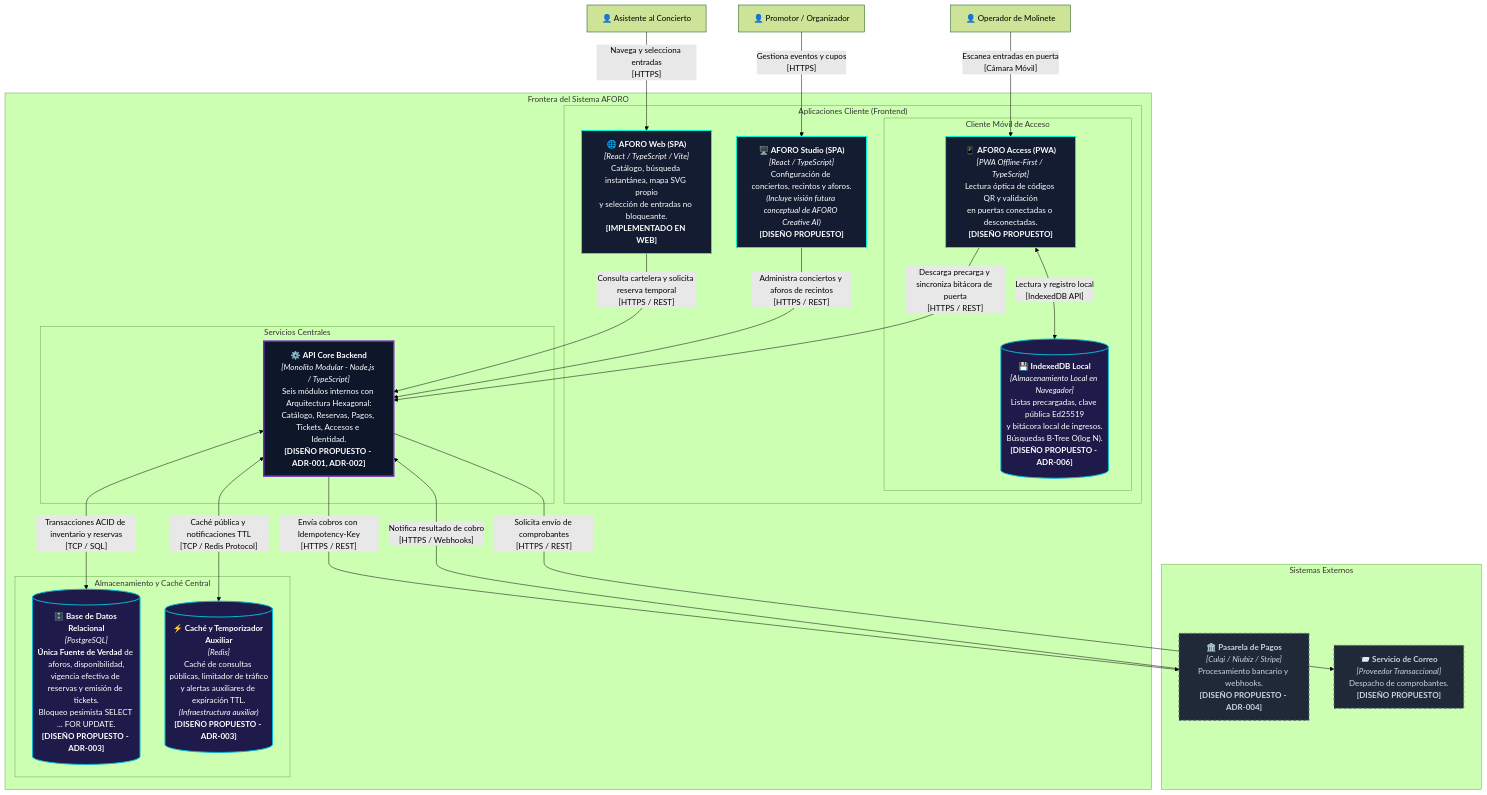
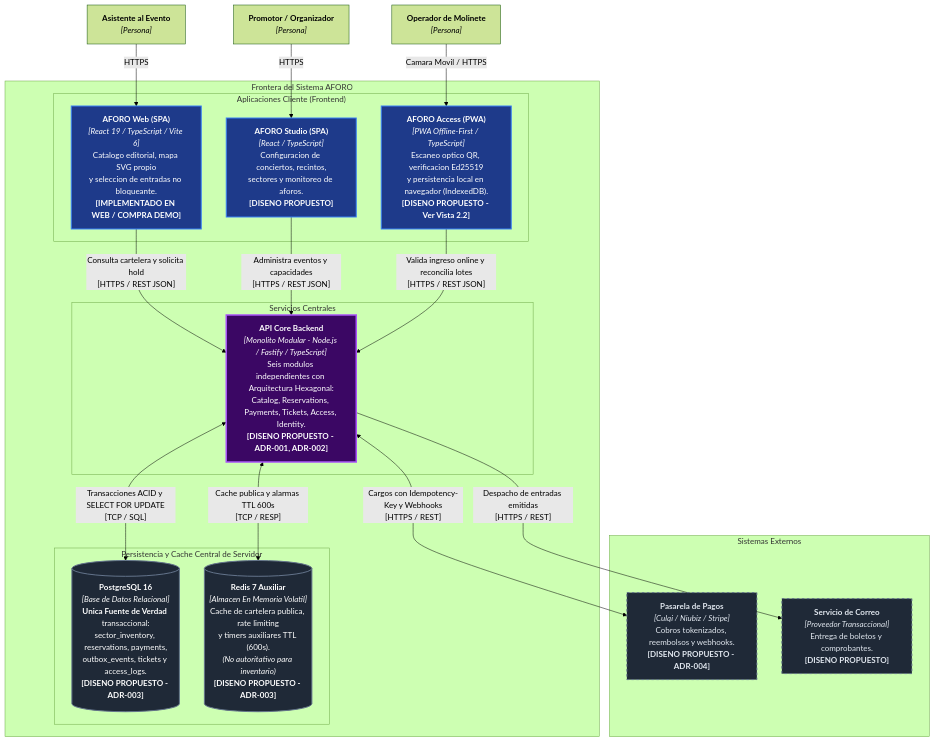
The first of 2 diagrams in docs/04-modelo-c4/Nivel2-DiagramadeContenedores.md (CARDBELL96/AFORO), drawn with Mermaid (forest theme) before and after one commit. The commit also changed other lines of this file and 15 other files, not shown here.

Commit message:
docs: refine hexagonal architecture and redesign C4 diagrams

````diff
--- a/docs/04-modelo-c4/Nivel2-DiagramadeContenedores.md
+++ b/docs/04-modelo-c4/Nivel2-DiagramadeContenedores.md
@@ -24,75 +26,68 @@
 ```mermaid
 flowchart TD
     %% Actores
-    FAN["👤 Asistente al Concierto"]
-    PROM["👤 Promotor / Organizador"]
-    GATE["👤 Operador de Molinete"]
+    FAN["<b>Asistente al Evento</b><br/><i>[Persona]</i>"]
+    PROM["<b>Promotor / Organizador</b><br/><i>[Persona]</i>"]
+    GATE["<b>Operador de Molinete</b><br/><i>[Persona]</i>"]
 
-    %% Límite de la Plataforma AFORO
+    %% Limite de la Plataforma AFORO
     subgraph AFORO_SYSTEM["Frontera del Sistema AFORO"]
 
         %% Clientes Frontend
         subgraph APPS["Aplicaciones Cliente (Frontend)"]
-            WEB_SPA["🌐 <b>AFORO Web (SPA)</b><br><i>[React / TypeScript / Vite]</i><br>Catálogo, búsqueda instantánea, mapa SVG propio<br>y selección de entradas no bloqueante.<br><b>[IMPLEMENTADO EN WEB]</b>"]
-            
-            STU_SPA["🖥️ <b>AFORO Studio (SPA)</b><br><i>[React / TypeScript]</i><br>Configuración de conciertos, recintos y aforos.<br><i>(Incluye visión futura conceptual de AFORO Creative AI)</i><br><b>[DISEÑO PROPUESTO]</b>"]
-            
-            subgraph ACCESS_CLIENT["Cliente Móvil de Acceso"]
-                ACC_PWA["📱 <b>AFORO Access (PWA)</b><br><i>[PWA Offline-First / TypeScript]</i><br>Lectura óptica de códigos QR y validación<br>en puertas conectadas o desconectadas.<br><b>[DISEÑO PROPUESTO]</b>"]
-                
-                ACC_IDB[("💾 <b>IndexedDB Local</b><br><i>[Almacenamiento Local en Navegador]</i><br>Listas precargadas, clave pública Ed25519<br>y bitácora local de ingresos.<br>Búsquedas B-Tree O(log N).<br><b>[DISEÑO PROPUESTO - ADR-006]</b>")]
-                
-                ACC_PWA <-->|"Lectura y registro local<br>[IndexedDB API]"| ACC_IDB
-            end
+            WEB_SPA["<b>AFORO Web (SPA)</b><br/><i>[React 19 / TypeScript / Vite 6]</i><br/>Catalogo editorial, mapa SVG propio<br/>y seleccion de entradas no bloqueante.<br/><b>[IMPLEMENTADO EN WEB / COMPRA DEMO]</b>"]
+
+            STU_SPA["<b>AFORO Studio (SPA)</b><br/><i>[React / TypeScript]</i><br/>Configuracion de conciertos, recintos,<br/>sectores y monitoreo de aforos.<br/><b>[DISENO PROPUESTO]</b>"]
+
+            ACC_PWA["<b>AFORO Access (PWA)</b><br/><i>[PWA Offline-First / TypeScript]</i><br/>Escaneo optico QR, verificacion Ed25519<br/>y persistencia local en navegador (IndexedDB).<br/><b>[DISENO PROPUESTO - Ver Vista 2.2]</b>"]
         end
 
-        %% Backend Central Monolítico Modular
+        %% Backend Central Monolitico Modular
         subgraph BACKEND_BOX["Servicios Centrales"]
-            API_CORE["⚙️ <b>API Core Backend</b><br><i>[Monolito Modular - Node.js / TypeScript]</i><br>Seis módulos internos con Arquitectura Hexagonal:<br>Catálogo, Reservas, Pagos, Tickets, Accesos e Identidad.<br><b>[DISEÑO PROPUESTO - ADR-001, ADR-002]</b>"]
+            API_CORE["<b>API Core Backend</b><br/><i>[Monolito Modular - Node.js / Fastify / TypeScript]</i><br/>Seis modulos independientes con Arquitectura Hexagonal:<br/>Catalog, Reservations, Payments, Tickets, Access, Identity.<br/><b>[DISENO PROPUESTO - ADR-001, ADR-002]</b>"]
         end
 
-        %% Almacenamiento Central
-        subgraph STORAGE_BOX["Almacenamiento y Caché Central"]
-            PG_DB[("🗄️ <b>Base de Datos Relacional</b><br><i>[PostgreSQL]</i><br><b>Única Fuente de Verdad</b> de aforos, disponibilidad,<br>vigencia efectiva de reservas y emisión de tickets.<br>Bloqueo pesimista SELECT ... FOR UPDATE.<br><b>[DISEÑO PROPUESTO - ADR-003]</b>")]
-            
-            REDIS_AUX[("⚡ <b>Caché y Temporizador Auxiliar</b><br><i>[Redis]</i><br>Caché de consultas públicas, limitador de tráfico<br>y alertas auxiliares de expiración TTL.<br><i>(Infraestructura auxiliar)</i><br><b>[DISEÑO PROPUESTO - ADR-003]</b>")]
+        %% Almacenamiento Central de Servidor
+        subgraph STORAGE_BOX["Persistencia y Cache Central de Servidor"]
+            PG_DB[("<b>PostgreSQL 16</b><br/><i>[Base de Datos Relacional]</i><br/><b>Unica Fuente de Verdad</b> transaccional:<br/>sector_inventory, reservations, payments,<br/>outbox_events, tickets y access_logs.<br/><b>[DISENO PROPUESTO - ADR-003]</b>")]
+
+            REDIS_AUX[("<b>Redis 7 Auxiliar</b><br/><i>[Almacen En Memoria Volatil]</i><br/>Cache de cartelera publica, rate limiting<br/>y timers auxiliares TTL (600s).<br/><i>(No autoritativo para inventario)</i><br/><b>[DISENO PROPUESTO - ADR-003]</b>")]
         end
 
     end
 
     %% Sistemas Externos
     subgraph EXT["Sistemas Externos"]
-        PAY_EXT["🏛️ <b>Pasarela de Pagos</b><br><i>[Culqi / Niubiz / Stripe]</i><br>Procesamiento bancario y webhooks.<br><b>[DISEÑO PROPUESTO - ADR-004]</b>"]
-        MAIL_EXT["📨 <b>Servicio de Correo</b><br><i>[Proveedor Transaccional]</i><br>Despacho de comprobantes.<br><b>[DISEÑO PROPUESTO]</b>"]
+        PAY_EXT["<b>Pasarela de Pagos</b><br/><i>[Culqi / Niubiz / Stripe]</i><br/>Cobros tokenizados, reembolsos y webhooks.<br/><b>[DISENO PROPUESTO - ADR-004]</b>"]
+        MAIL_EXT["<b>Servicio de Correo</b><br/><i>[Proveedor Transaccional]</i><br/>Entrega de boletos y comprobantes.<br/><b>[DISENO PROPUESTO]</b>"]
     end
 
-    %% Flujos de Actores
-    FAN -->|"Navega y selecciona entradas<br>[HTTPS]"| WEB_SPA
-    PROM -->|"Gestiona eventos y cupos<br>[HTTPS]"| STU_SPA
-    GATE -->|"Escanea entradas en puerta<br>[Cámara Móvil]"| ACC_PWA
+    %% Flujos de Actores a Clientes
+    FAN -->|"HTTPS"| WEB_SPA
+    PROM -->|"HTTPS"| STU_SPA
+    GATE -->|"Camara Movil / HTTPS"| ACC_PWA
 
     %% Interacciones Clientes -> Backend
-    WEB_SPA -->|"Consulta cartelera y solicita reserva temporal<br>[HTTPS / REST]"| API_CORE
-    STU_SPA -->|"Administra conciertos y aforos de recintos<br>[HTTPS / REST]"| API_CORE
-    ACC_PWA -->|"Descarga precarga y sincroniza bitácora de puerta<br>[HTTPS / REST]"| API_CORE
+    WEB_SPA -->|"Consulta cartelera y solicita hold<br/>[HTTPS / REST JSON]"| API_CORE
+    STU_SPA -->|"Administra eventos y capacidades<br/>[HTTPS / REST JSON]"| API_CORE
+    ACC_PWA -->|"Valida ingreso online y reconcilia lotes<br/>[HTTPS / REST JSON]"| API_CORE
 
     %% Backend -> Persistencia
-    API_CORE <-->|"Transacciones ACID de inventario y reservas<br>[TCP / SQL]"| PG_DB
-    API_CORE <-->|"Caché pública y notificaciones TTL<br>[TCP / Redis Protocol]"| REDIS_AUX
+    API_CORE <-->|"Transacciones ACID y SELECT FOR UPDATE<br/>[TCP / SQL]"| PG_DB
+    API_CORE <-->|"Cache publica y alarmas TTL 600s<br/>[TCP / RESP]"| REDIS_AUX
 
     %% Backend -> Sistemas Externos
-    API_CORE -->|"Envía cobros con Idempotency-Key<br>[HTTPS / REST]"| PAY_EXT
-    PAY_EXT -->|"Notifica resultado de cobro<br>[HTTPS / Webhooks]"| API_CORE
-    API_CORE -->|"Solicita envío de comprobantes<br>[HTTPS / REST]"| MAIL_EXT
+    API_CORE <-->|"Cargos con Idempotency-Key y Webhooks<br/>[HTTPS / REST]"| PAY_EXT
+    API_CORE -->|"Despacho de entradas emitidas<br/>[HTTPS / REST]"| MAIL_EXT
 
-    %% Estilos compatibles con GitHub
-    classDef client fill:#131c31,stroke:#00f5d4,stroke-width:2px,color:#ffffff;
-    classDef backend fill:#0e172a,stroke:#7928ca,stroke-width:3px,color:#ffffff;
-    classDef database fill:#1e1b4b,stroke:#06b6d4,stroke-width:2px,color:#ffffff;
-    classDef external fill:#1f2937,stroke:#64748b,stroke-width:2px,stroke-dasharray: 5 5,color:#cbd5e1;
+    %% Paleta Sobria Estandarizada (Sin emojis)
+    classDef client fill:#1e3a8a,stroke:#3b82f6,stroke-width:2px,color:#ffffff;
+    classDef backend fill:#3b0764,stroke:#a855f7,stroke-width:3px,color:#ffffff;
+    classDef infra fill:#1f2937,stroke:#64748b,stroke-width:2px,color:#ffffff;
+    classDef external fill:#1f2937,stroke:#64748b,stroke-width:2px,stroke-dasharray: 5 5,color:#e2e8f0;
 
     class WEB_SPA,STU_SPA,ACC_PWA client;
     class API_CORE backend;
-    class PG_DB,REDIS_AUX,ACC_IDB database;
+    class PG_DB,REDIS_AUX infra;
     class PAY_EXT,MAIL_EXT external;
 ```
````
